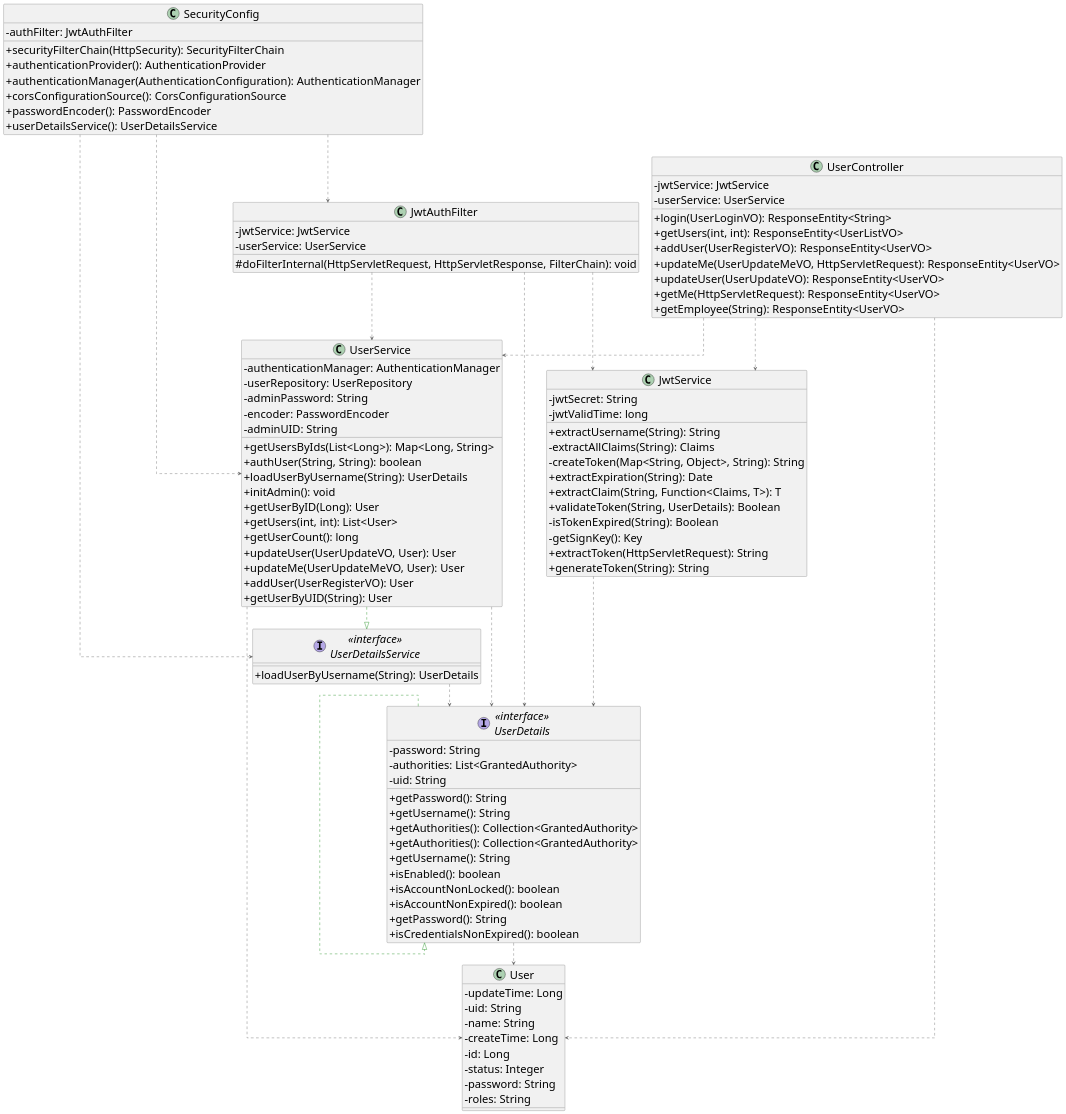
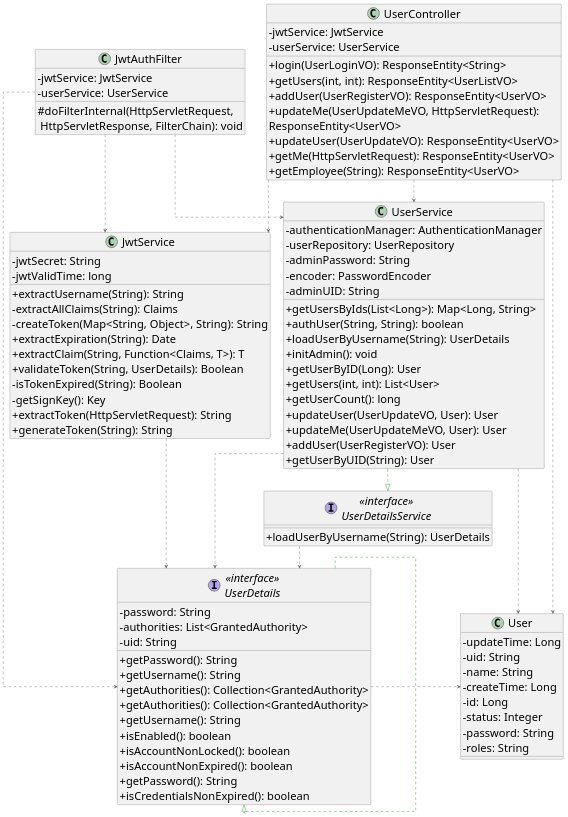
Before and after one commit to akynazh/aws: the diagram in design/用户模块类图.plantuml, drawn with PlantUML. The commit also changed 7 other files, not shown here.

```diff
--- a/design/用户模块类图.plantuml
+++ b/design/用户模块类图.plantuml
@@ -1,113 +1,113 @@
 @startuml
 
 top to bottom direction
 ' left to right direction
 skinparam linetype ortho
 skinparam classAttributeIconSize 0
 skinparam defaultFontSize 30
 
 class JwtAuthFilter {
   - jwtService: JwtService
   - userService: UserService
-  # doFilterInternal(HttpServletRequest, HttpServletResponse, FilterChain): void
+  # doFilterInternal(HttpServletRequest, \n HttpServletResponse, FilterChain): void
 }
 class JwtService {
   - jwtSecret: String
   - jwtValidTime: long
   + extractUsername(String): String
   - extractAllClaims(String): Claims
   - createToken(Map<String, Object>, String): String
   + extractExpiration(String): Date
   + extractClaim(String, Function<Claims, T>): T
   + validateToken(String, UserDetails): Boolean
   - isTokenExpired(String): Boolean
   - getSignKey(): Key
   + extractToken(HttpServletRequest): String
   + generateToken(String): String
 }
-class SecurityConfig {
-  - authFilter: JwtAuthFilter
-  + securityFilterChain(HttpSecurity): SecurityFilterChain
-  + authenticationProvider(): AuthenticationProvider
-  + authenticationManager(AuthenticationConfiguration): AuthenticationManager
-  + corsConfigurationSource(): CorsConfigurationSource
-  + passwordEncoder(): PasswordEncoder
-  + userDetailsService(): UserDetailsService
-}
+' class SecurityConfig {
+'   - authFilter: JwtAuthFilter
+'   + securityFilterChain(HttpSecurity): SecurityFilterChain
+'   + authenticationProvider(): AuthenticationProvider
+'   + authenticationManager(AuthenticationConfiguration): AuthenticationManager
+'   + corsConfigurationSource(): CorsConfigurationSource
+'   + passwordEncoder(): PasswordEncoder
+'   + userDetailsService(): UserDetailsService
+' }
 class User {
   - updateTime: Long
   - uid: String
   - name: String
   - createTime: Long
   - id: Long
   - status: Integer
   - password: String
   - roles: String
 }
 class UserController {
   - jwtService: JwtService
   - userService: UserService
   + login(UserLoginVO): ResponseEntity<String>
   + getUsers(int, int): ResponseEntity<UserListVO>
   + addUser(UserRegisterVO): ResponseEntity<UserVO>
-  + updateMe(UserUpdateMeVO, HttpServletRequest): ResponseEntity<UserVO>
+  + updateMe(UserUpdateMeVO, HttpServletRequest): \nResponseEntity<UserVO>
   + updateUser(UserUpdateVO): ResponseEntity<UserVO>
   + getMe(HttpServletRequest): ResponseEntity<UserVO>
   + getEmployee(String): ResponseEntity<UserVO>
 }
 class UserDetails {
   - password: String
   - authorities: List<GrantedAuthority>
   - uid: String
   + getPassword(): String
   + getUsername(): String
   + getAuthorities(): Collection<GrantedAuthority>
 }
 interface UserDetails << interface >> {
   + getAuthorities(): Collection<GrantedAuthority>
   + getUsername(): String
   + isEnabled(): boolean
   + isAccountNonLocked(): boolean
   + isAccountNonExpired(): boolean
   + getPassword(): String
   + isCredentialsNonExpired(): boolean
 }
 interface UserDetailsService << interface >> {
   + loadUserByUsername(String): UserDetails
 }
 class UserService {
   - authenticationManager: AuthenticationManager
   - userRepository: UserRepository
   - adminPassword: String
   - encoder: PasswordEncoder
   - adminUID: String
   + getUsersByIds(List<Long>): Map<Long, String>
   + authUser(String, String): boolean
   + loadUserByUsername(String): UserDetails
   + initAdmin(): void
   + getUserByID(Long): User
   + getUsers(int, int): List<User>
   + getUserCount(): long
   + updateUser(UserUpdateVO, User): User
   + updateMe(UserUpdateMeVO, User): User
   + addUser(UserRegisterVO): User
   + getUserByUID(String): User
 }
 
 JwtAuthFilter       -[#595959,dashed]->  JwtService         
 JwtAuthFilter       -[#595959,dashed]->  UserDetails        
 JwtAuthFilter       -[#595959,dashed]->  UserService        
 JwtService          -[#595959,dashed]->  UserDetails        
-SecurityConfig      -[#595959,dashed]->  JwtAuthFilter      
-SecurityConfig      -[#595959,dashed]->  UserDetailsService 
-SecurityConfig      -[#595959,dashed]->  UserService        
+' SecurityConfig      -[#595959,dashed]->  JwtAuthFilter      
+' SecurityConfig      -[#595959,dashed]->  UserDetailsService 
+' SecurityConfig      -[#595959,dashed]->  UserService        
 UserController      -[#595959,dashed]->  JwtService         
 UserController      -[#595959,dashed]->  User               
 UserController      -[#595959,dashed]->  UserService        
-UserDetails         -[#595959,dashed]->  User               
+UserDetails         -[#595959,dashed]>  User               
 UserDetails         -[#008200,dashed]-^  UserDetails        
 UserDetailsService  -[#595959,dashed]->  UserDetails        
 UserService         -[#595959,dashed]->  User               
 UserService         -[#595959,dashed]->  UserDetails        
 UserService         -[#008200,dashed]-^  UserDetailsService 
 @enduml
```
